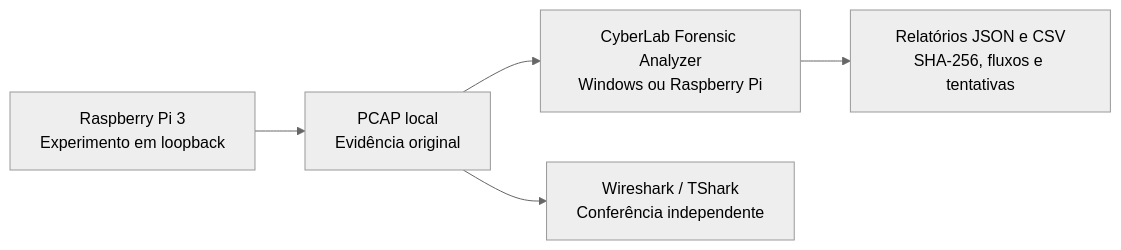
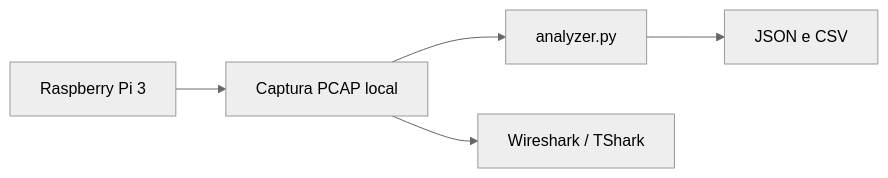
Before and after one commit to Edudsprado/raspberry-cyberlab: the diagram in README.md, drawn with Mermaid (neutral theme). The commit also changed other lines of this file and 29 other files, not shown here.

````diff
--- a/README.md
+++ b/README.md
@@ -15,7 +15,7 @@
 ```mermaid
 flowchart LR
-    Raspberry["Raspberry Pi 3<br/>Experimento em loopback"] --> PCAP["PCAP local<br/>Evidência original"]
-    PCAP --> Analyzer["CyberLab Forensic Analyzer<br/>Windows ou Raspberry Pi"]
-    Analyzer --> Reports["Relatórios JSON e CSV<br/>SHA-256, fluxos e tentativas"]
-    PCAP --> Wireshark["Wireshark / TShark<br/>Conferência independente"]
+    Raspberry["Raspberry Pi 3"] --> PCAP["Captura PCAP local"]
+    PCAP --> Python["analyzer.py"]
+    Python --> Reports["JSON e CSV"]
+    PCAP --> Wireshark["Wireshark / TShark"]
 ```
````
